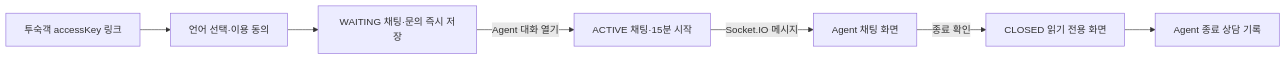
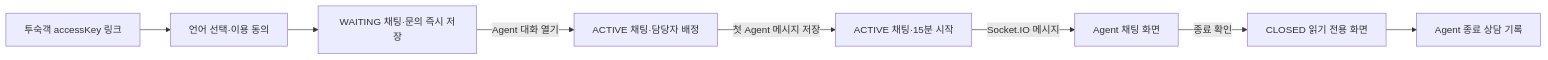
The eighth of 8 diagrams in docs/08_System_Blueprint.md (miffy9999/RemotePlus_Chat), drawn with Mermaid before and after one commit. The commit also changed other lines of this file and 30 other files, not shown here.

````diff
--- a/docs/08_System_Blueprint.md
+++ b/docs/08_System_Blueprint.md
@@ -209,9 +210,10 @@
 ```mermaid
 flowchart LR
     Link["투숙객 accessKey 링크"] --> Consent["언어 선택·이용 동의"]
     Consent --> Waiting["WAITING 채팅·문의 즉시 저장"]
-    Waiting -->|Agent 대화 열기| Active["ACTIVE 채팅·15분 시작"]
-    Active -->|Socket.IO 메시지| Agent["Agent 채팅 화면"]
+    Waiting -->|Agent 대화 열기| Active["ACTIVE 채팅·담당자 배정"]
+    Active -->|첫 Agent 메시지 저장| ActiveTimed["ACTIVE 채팅·15분 시작"]
+    ActiveTimed -->|Socket.IO 메시지| Agent["Agent 채팅 화면"]
     Agent -->|종료 확인| Closed["CLOSED 읽기 전용 화면"]
     Closed --> History["Agent 종료 상담 기록"]
 ```
````
